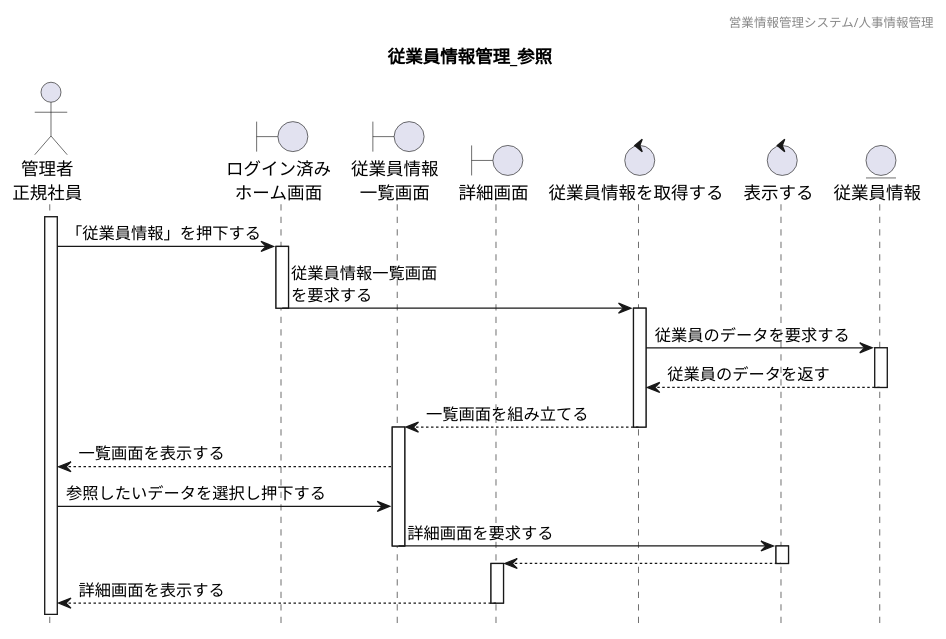
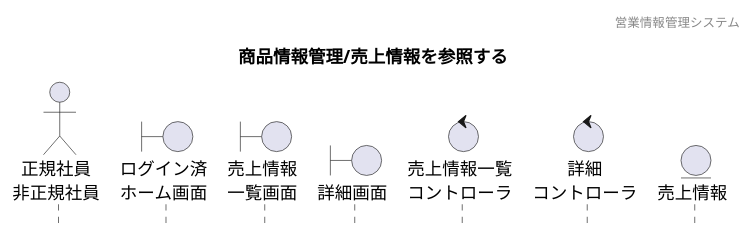
Before and after one commit to HaruShim/Sotuken: the diagram in 各種設計書/4シーケンス図/商品情報管理/5.売上/未_売上情報管理_参照.plantuml, drawn with PlantUML. The commit also changed 5 other files, not shown here.

```diff
--- a/各種設計書/4シーケンス図/商品情報管理/5.売上/未_売上情報管理_参照.plantuml
+++ b/各種設計書/4シーケンス図/商品情報管理/5.売上/未_売上情報管理_参照.plantuml
@@ -1,53 +1,22 @@
 @startuml ../../images/売上/売上情報管理_参照
-' 下アイコン除去
+
 hide footbox
-' ヘッダー
-header 営業情報管理システム/人事情報管理
-' タイトル
-title 従業員情報管理_参照
+header 営業情報管理システム
+title 商品情報管理/売上情報を参照する
 
+' actor "" as a
+actor "正規社員\n非正規社員" as a1
 
-' アイコン
-actor "管理者\n正規社員" as Act
-boundary "ログイン済み\nホーム画面" as HomeSc
-boundary "従業員情報\n一覧画面" as StaffListSc
-boundary "詳細画面" as StaffSc
-control "従業員情報を取得する" as StaffCl
-control "表示する" as ScCl
-entity "従業員情報" as StaffDB
+' boundary "" as b
+boundary "ログイン済\nホーム画面" as b1
+boundary "売上情報\n一覧画面" as b2
+boundary "詳細画面" as b3
 
+' control "" as c
+control "売上情報一覧\nコントローラ" as c1
+control "詳細\nコントローラ" as c2
 
-
-' ログイン済みホーム画面から一覧表示までのシーケンス
-activate Act
-Act -> HomeSc : 「従業員情報」を押下する
-activate HomeSc
-HomeSc -> StaffCl : 従業員情報一覧画面\nを要求する
-deactivate
-activate StaffCl
-
-StaffCl -> StaffDB : 従業員のデータを要求する
-activate StaffDB
-StaffCl <-- StaffDB : 従業員のデータを返す
-deactivate
-StaffListSc <-- StaffCl : 一覧画面を組み立てる
-deactivate
-activate StaffListSc
-Act <-- StaffListSc : 一覧画面を表示する
-
-
-' 詳細画面表示までのシーケンス
-Act -> StaffListSc : 参照したいデータを選択し押下する
-StaffListSc -> ScCl : 詳細画面を要求する
-deactivate
-activate ScCl
-StaffSc <-- ScCl
-deactivate
-activate StaffSc
-Act <-- StaffSc : 詳細画面を表示する
-deactivate
-
-
-
+' entity "" as e
+entity "売上情報" as e1
 
 @enduml
```
